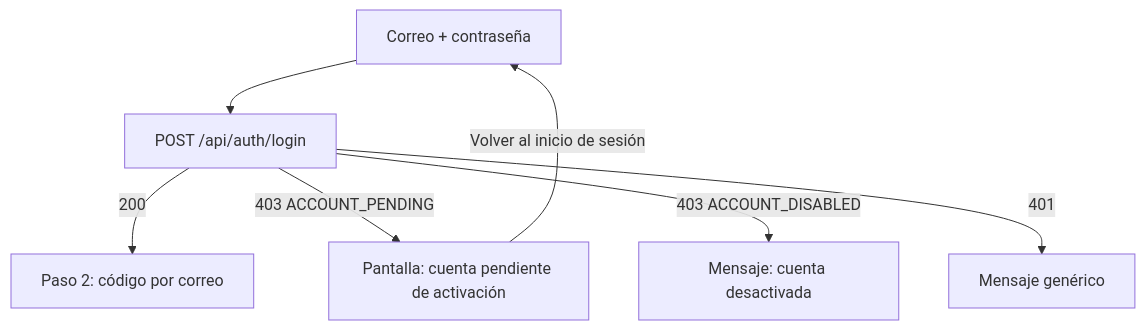
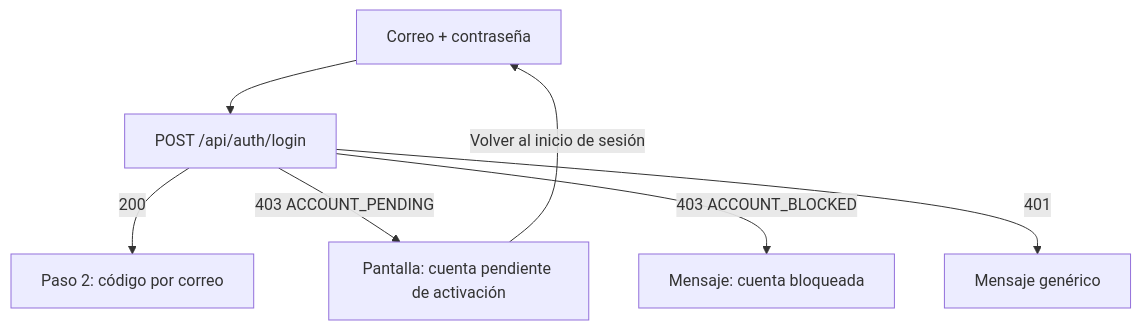
The second of 2 diagrams in frontend/docs/hu2-login.md (ESIBuy-2026-2027/ESIBuy-Mantenimiento), drawn with Mermaid before and after one commit. The commit also changed other lines of this file and 2 other files, not shown here.

First line of the commit message:
docs(front-HU2): el login muestra cuenta bloqueada en lugar de desactivada, con ACCOUNT_BLOCKED AB#245

````diff
--- a/frontend/docs/hu2-login.md
+++ b/frontend/docs/hu2-login.md
@@ -54,9 +55,9 @@
 ```mermaid
 flowchart TD
     A[Correo + contraseña] --> B[POST /api/auth/login]
     B -- 200 --> C[Paso 2: código por correo]
     B -- 403 ACCOUNT_PENDING --> D[Pantalla: cuenta pendiente de activación]
-    B -- 403 ACCOUNT_DISABLED --> E[Mensaje: cuenta desactivada]
+    B -- 403 ACCOUNT_BLOCKED --> E[Mensaje: cuenta bloqueada]
     B -- 401 --> F[Mensaje genérico]
     D -- Volver al inicio de sesión --> A
 ```
````
